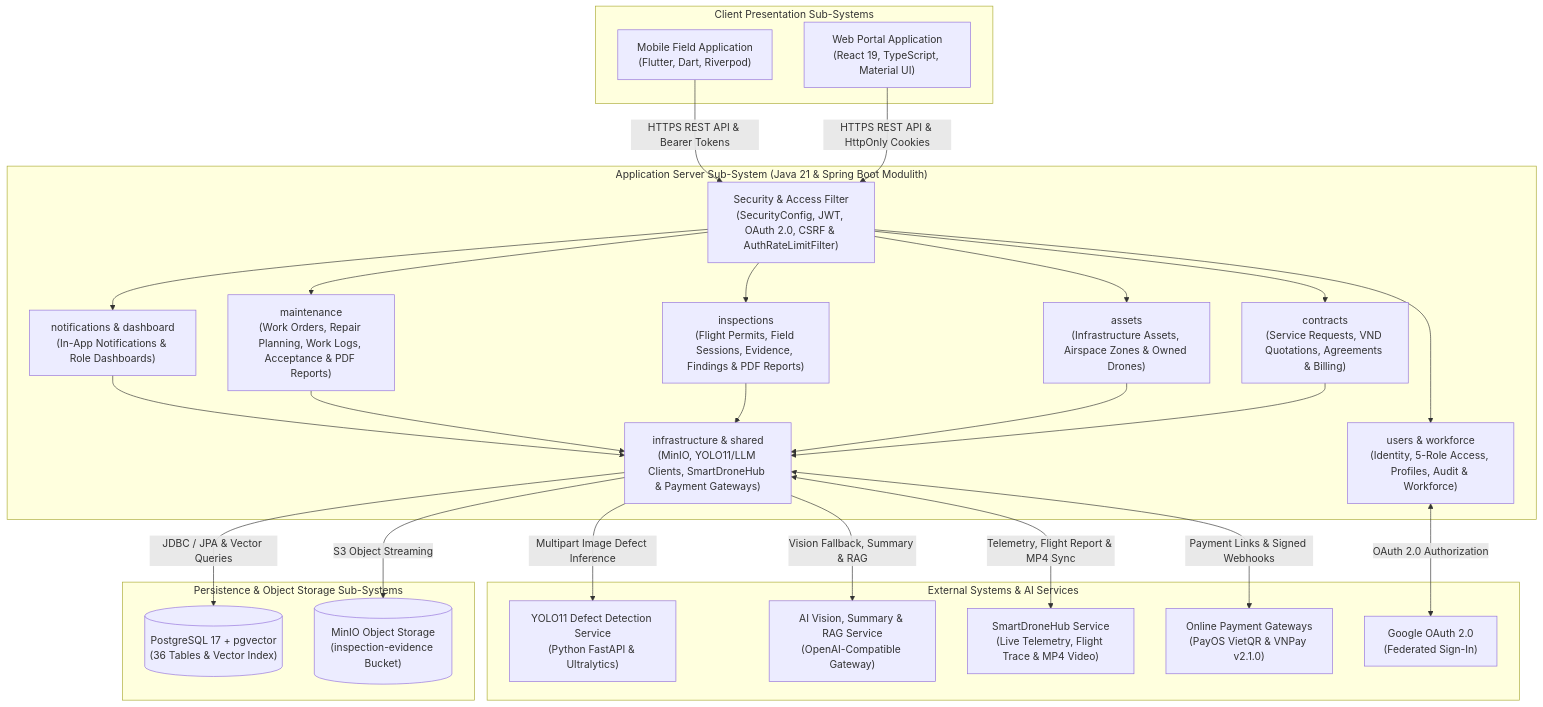
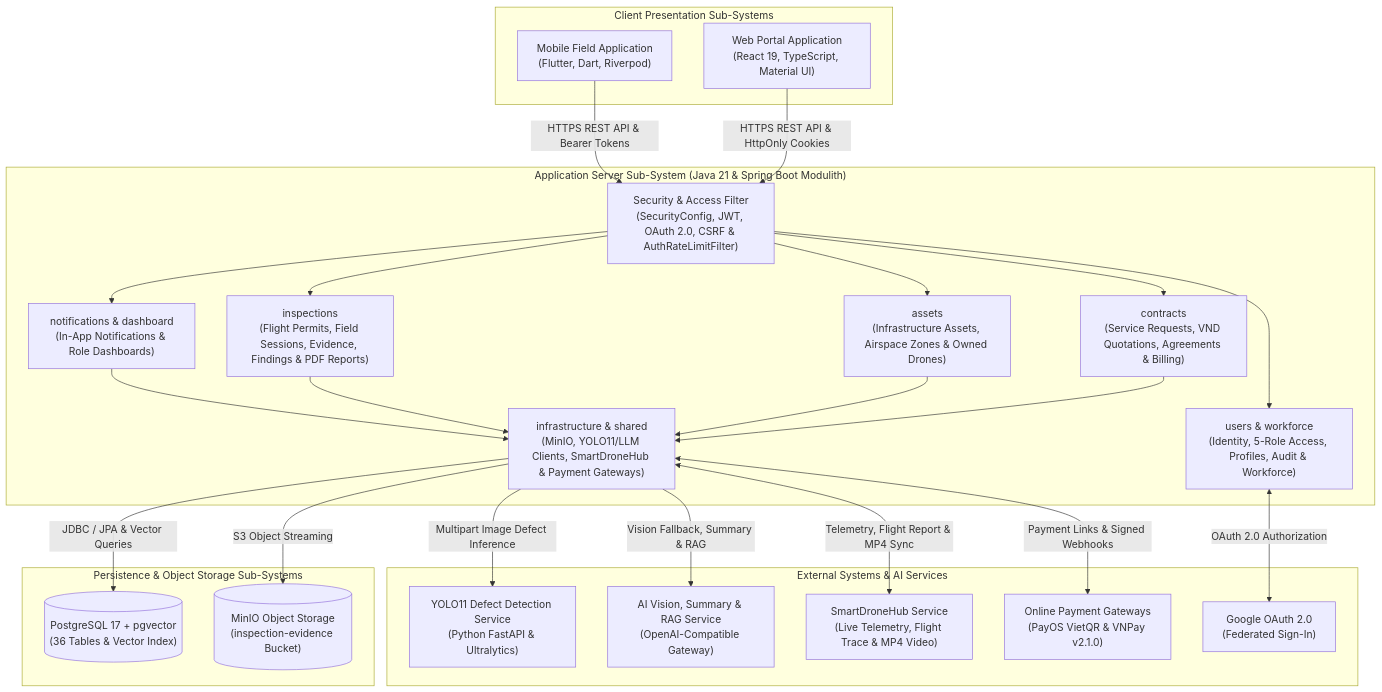
One commit to tungbach12/SmartDroneInspection-Docs changed the first of 4 diagrams in reports/report-4-software-design-document/01-system-design.md. Above: the diagram before and after it, drawn with Mermaid. The commit also changed other lines of this file and 35 other files, not shown here.

````diff
--- a/reports/report-4-software-design-document/01-system-design.md
+++ b/reports/report-4-software-design-document/01-system-design.md
@@ -16,56 +20,53 @@
 ```mermaid
 %% title: System Architecture Diagram
 flowchart TD
   subgraph Clients["Client Presentation Sub-Systems"]
     CLIENT_WEB["Web Portal Application\n(React 19, TypeScript, Material UI)"]
     CLIENT_MOB["Mobile Field Application\n(Flutter, Dart, Riverpod)"]
   end
 
   subgraph Backend["Application Server Sub-System (Java 21 & Spring Boot Modulith)"]
     SEC_FILTER["Security & Access Filter\n(SecurityConfig, JWT, OAuth 2.0, CSRF & AuthRateLimitFilter)"]
     MOD_USERS["users & workforce\n(Identity, 5-Role Access, Profiles, Audit & Workforce)"]
     MOD_CONTRACTS["contracts\n(Service Requests, VND Quotations, Agreements & Billing)"]
     MOD_ASSETS["assets\n(Infrastructure Assets, Airspace Zones & Owned Drones)"]
     MOD_INSP["inspections\n(Flight Permits, Field Sessions, Evidence, Findings & PDF Reports)"]
-    MOD_MAINT["maintenance\n(Work Orders, Repair Planning, Work Logs, Acceptance & PDF Reports)"]
     MOD_NOTIF["notifications & dashboard\n(In-App Notifications & Role Dashboards)"]
     MOD_INFRA["infrastructure & shared\n(MinIO, YOLO11/LLM Clients, SmartDroneHub & Payment Gateways)"]
   end
 
   subgraph DataAndStorage["Persistence & Object Storage Sub-Systems"]
     DB_PG[("PostgreSQL 17 + pgvector\n(36 Tables & Vector Index)")]
     STORE_MINIO[("MinIO Object Storage\n(inspection-evidence Bucket)")]
   end
 
   subgraph ExternalAndAI["External Systems & AI Services"]
     AI_SERVICE["YOLO11 Defect Detection Service\n(Python FastAPI & Ultralytics)"]
     LLM_GATEWAY["AI Vision, Summary & RAG Service\n(OpenAI-Compatible Gateway)"]
     DRONE_HUB["SmartDroneHub Service\n(Live Telemetry, Flight Trace & MP4 Video)"]
     PAY_GATEWAY["Online Payment Gateways\n(PayOS VietQR & VNPay v2.1.0)"]
     GOOGLE_OAUTH["Google OAuth 2.0\n(Federated Sign-In)"]
   end
 
   CLIENT_WEB -->|"HTTPS REST API & HttpOnly Cookies"| SEC_FILTER
   CLIENT_MOB -->|"HTTPS REST API & Bearer Tokens"| SEC_FILTER
 
   SEC_FILTER --> MOD_USERS
   SEC_FILTER --> MOD_CONTRACTS
   SEC_FILTER --> MOD_ASSETS
   SEC_FILTER --> MOD_INSP
-  SEC_FILTER --> MOD_MAINT
   SEC_FILTER --> MOD_NOTIF
 
   MOD_CONTRACTS --> MOD_INFRA
   MOD_ASSETS --> MOD_INFRA
   MOD_INSP --> MOD_INFRA
-  MOD_MAINT --> MOD_INFRA
   MOD_NOTIF --> MOD_INFRA
 
   MOD_INFRA -->|"JDBC / JPA & Vector Queries"| DB_PG
   MOD_INFRA -->|"S3 Object Streaming"| STORE_MINIO
   MOD_INFRA -->|"Multipart Image Defect Inference"| AI_SERVICE
   MOD_INFRA -->|"Vision Fallback, Summary & RAG"| LLM_GATEWAY
   MOD_INFRA <-->|"Telemetry, Flight Report & MP4 Sync"| DRONE_HUB
   MOD_INFRA <-->|"Payment Links & Signed Webhooks"| PAY_GATEWAY
   MOD_USERS <-->|"OAuth 2.0 Authorization"| GOOGLE_OAUTH
 ```
````
